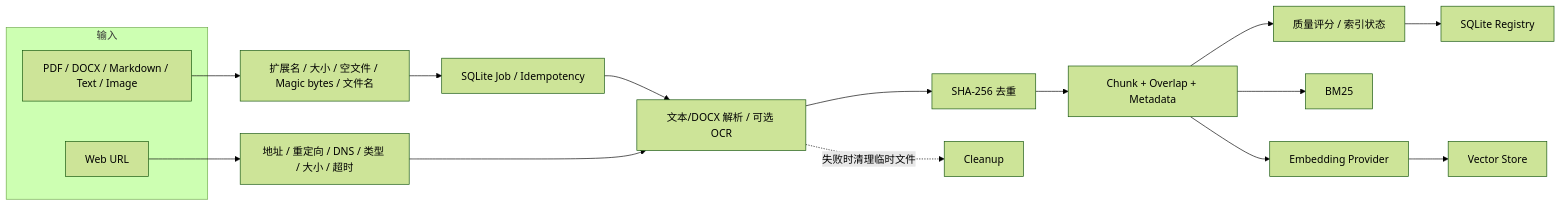
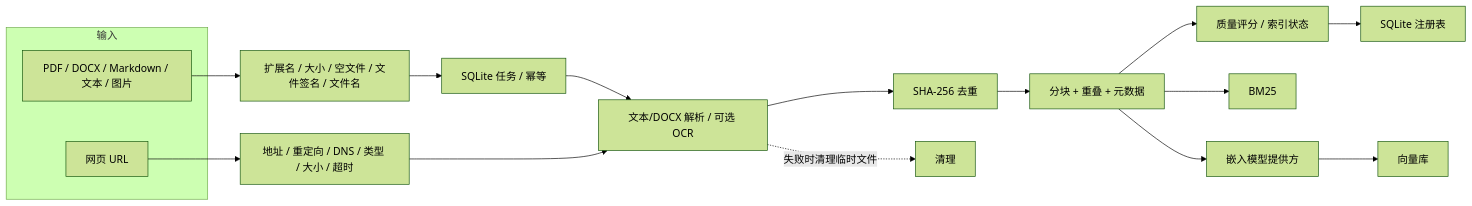
One commit to 728792899-create/personal-multimodal-rag changed the second of 6 diagrams in docs/architecture.md. Above: the diagram before and after it, drawn with Mermaid (forest theme). The commit also changed other lines of this file and 156 other files, not shown here.

````diff
--- a/docs/architecture.md
+++ b/docs/architecture.md
@@ -100,21 +100,21 @@
 ```mermaid
 flowchart LR
   subgraph INPUT["输入"]
-    FILE["PDF / DOCX / Markdown / Text / Image"]
-    URL["Web URL"]
+    FILE["PDF / DOCX / Markdown / 文本 / 图片"]
+    URL["网页 URL"]
   end
 
-  FILE --> FGUARD["扩展名 / 大小 / 空文件 / Magic bytes / 文件名"]
+  FILE --> FGUARD["扩展名 / 大小 / 空文件 / 文件签名 / 文件名"]
   URL --> UGUARD["地址 / 重定向 / DNS / 类型 / 大小 / 超时"]
-  FGUARD --> JOB["SQLite Job / Idempotency"]
+  FGUARD --> JOB["SQLite 任务 / 幂等"]
   JOB --> PARSE["文本/DOCX 解析 / 可选 OCR"]
   UGUARD --> PARSE
   PARSE --> HASH["SHA-256 去重"]
-  HASH --> CHUNK["Chunk + Overlap + Metadata"]
+  HASH --> CHUNK["分块 + 重叠 + 元数据"]
   CHUNK --> QUALITY["质量评分 / 索引状态"]
   CHUNK --> BM25["BM25"]
-  CHUNK --> EMBED["Embedding Provider"]
-  EMBED --> VECTOR["Vector Store"]
-  QUALITY --> REGISTRY["SQLite Registry"]
-  PARSE -. "失败时清理临时文件" .-> CLEANUP["Cleanup"]
+  CHUNK --> EMBED["嵌入模型提供方"]
+  EMBED --> VECTOR["向量库"]
+  QUALITY --> REGISTRY["SQLite 注册表"]
+  PARSE -. "失败时清理临时文件" .-> CLEANUP["清理"]
 ```
````
